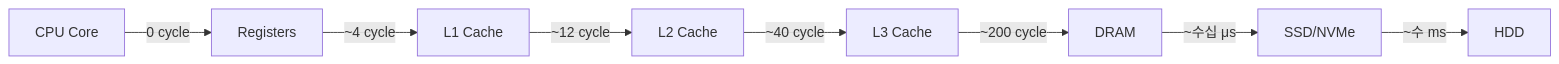
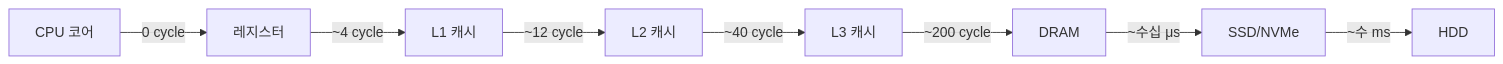
Before and after one commit to Jungle-12-303/wk07_6: the first of 2 diagrams in docs/blog/concepts/01-memory-hierarchy.md, drawn with Mermaid. The commit also changed other lines of this file and 26 other files, not shown here.

First line of the commit message:
docs: 블로그 소제목·Mermaid·ASCII 박스 가독성 정비

````diff
--- a/docs/blog/concepts/01-memory-hierarchy.md
+++ b/docs/blog/concepts/01-memory-hierarchy.md
@@ -33,10 +33,10 @@
 ```mermaid
 flowchart LR
-    CPU[CPU Core] -->|0 cycle| R[Registers]
-    R -->|~4 cycle| L1[L1 Cache]
-    L1 -->|~12 cycle| L2[L2 Cache]
-    L2 -->|~40 cycle| L3[L3 Cache]
-    L3 -->|~200 cycle| DRAM[DRAM]
-    DRAM -->|~수십 μs| SSD[SSD/NVMe]
-    SSD -->|~수 ms| HDD[HDD]
+    CPU["CPU 코어"] -->|0 cycle| R["레지스터"]
+    R -->|~4 cycle| L1["L1 캐시"]
+    L1 -->|~12 cycle| L2["L2 캐시"]
+    L2 -->|~40 cycle| L3["L3 캐시"]
+    L3 -->|~200 cycle| DRAM["DRAM"]
+    DRAM -->|~수십 μs| SSD["SSD/NVMe"]
+    SSD -->|~수 ms| HDD["HDD"]
 ```
````
